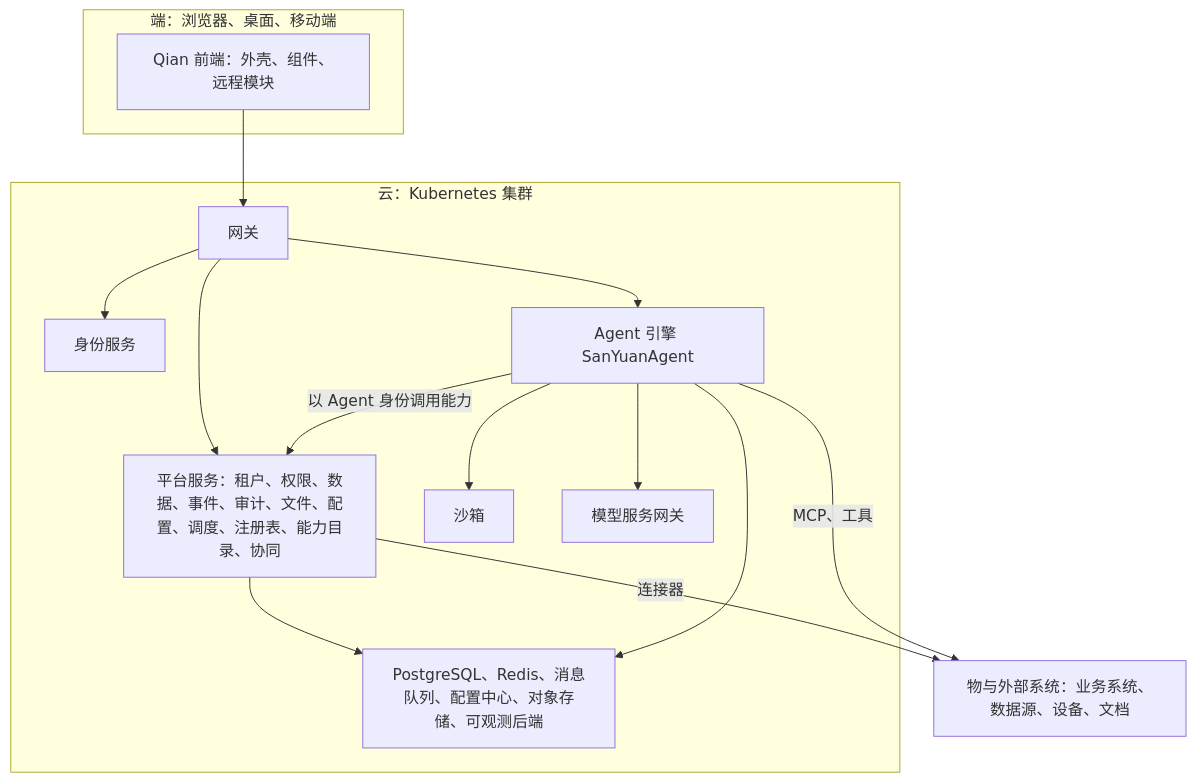
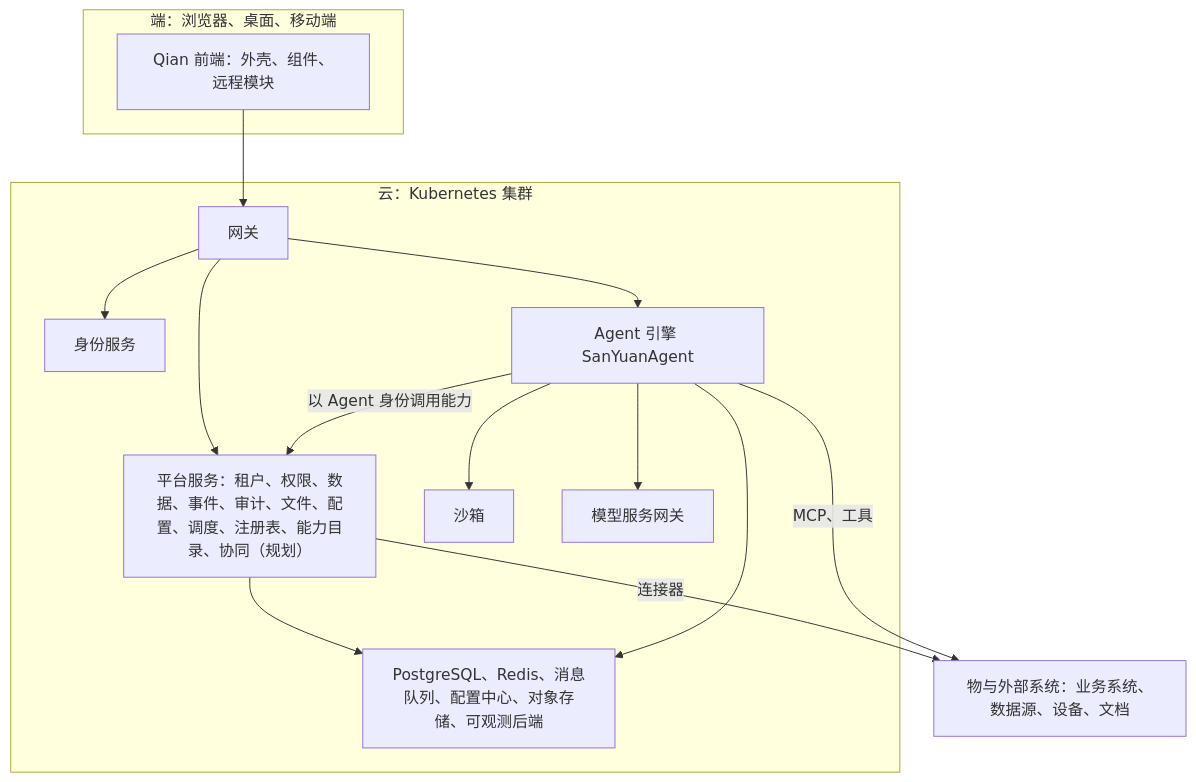
The first of 2 diagrams in docs/02-architecture.md (CavaiLAB/jiangxin), drawn with Mermaid before and after one commit. The commit also changed other lines of this file and 11 other files, not shown here.

First line of the commit message:
docs: 按已接受的合并蓝图与审阅意见修订，补三种形态与平台级裁定

````diff
--- a/docs/02-architecture.md
+++ b/docs/02-architecture.md
@@ -7,28 +7,28 @@
 ```mermaid
 flowchart TB
   subgraph client["端：浏览器、桌面、移动端"]
     UI["Qian 前端：外壳、组件、远程模块"]
   end
   subgraph cloud["云：Kubernetes 集群"]
     GW["网关"]
     ID["身份服务"]
-    PF["平台服务：租户、权限、数据、事件、审计、文件、配置、调度、注册表、能力目录、协同"]
+    PF["平台服务：租户、权限、数据、事件、审计、文件、配置、调度、注册表、能力目录、协同（规划）"]
     AG["Agent 引擎 SanYuanAgent"]
     SB["沙箱"]
     MG["模型服务网关"]
     INF["PostgreSQL、Redis、消息队列、配置中心、对象存储、可观测后端"]
   end
   EXT["物与外部系统：业务系统、数据源、设备、文档"]
 
   UI --> GW
   GW --> ID
   GW --> PF
   GW --> AG
   AG -->|"以 Agent 身份调用能力"| PF
   AG --> SB
   AG --> MG
   PF --> INF
   AG --> INF
   PF -->|"连接器"| EXT
   AG -->|"MCP、工具"| EXT
 ```
````
